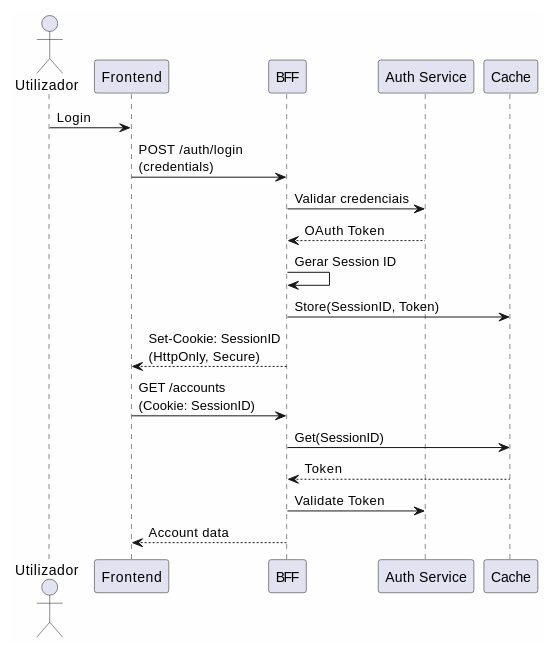
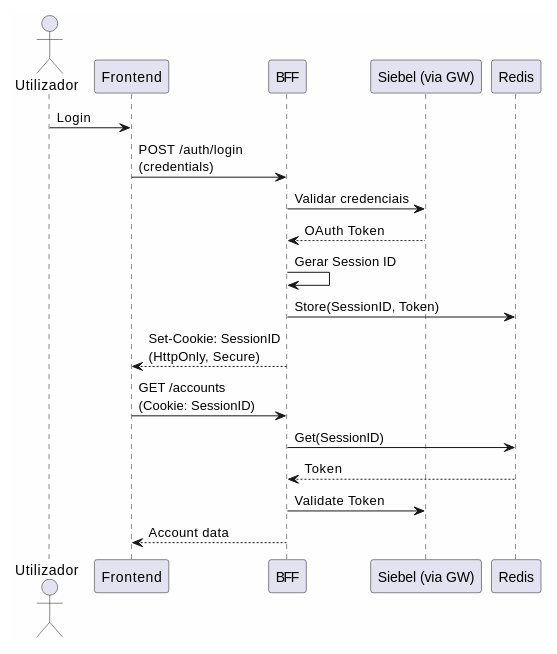
Before and after one commit to beduardo/novobanco_website_doc: the third of 3 diagrams in current/sections/SEC-05-arquitetura-backend-servicos.md, drawn with PlantUML. The commit also changed 5 other files, not shown here.

Commit message:
Ajustes diagramas autenticação

````diff
--- a/current/sections/SEC-05-arquitetura-backend-servicos.md
+++ b/current/sections/SEC-05-arquitetura-backend-servicos.md
@@ -278,27 +278,27 @@
 ```plantuml
 @startuml
 skinparam backgroundColor #FEFEFE
 
 actor "Utilizador" as USER
 participant "Frontend" as FE
 participant "BFF" as BFF
-participant "Auth Service" as AUTH
-participant "Cache" as CACHE
+participant "Siebel (via GW)" as AUTH
+participant "Redis" as CACHE
 
 USER -> FE : Login
 FE -> BFF : POST /auth/login\n(credentials)
 BFF -> AUTH : Validar credenciais
 AUTH --> BFF : OAuth Token
 
 BFF -> BFF : Gerar Session ID
 BFF -> CACHE : Store(SessionID, Token)
 BFF --> FE : Set-Cookie: SessionID\n(HttpOnly, Secure)
 
 FE -> BFF : GET /accounts\n(Cookie: SessionID)
 BFF -> CACHE : Get(SessionID)
 CACHE --> BFF : Token
 BFF -> AUTH : Validate Token
 BFF --> FE : Account data
 
 @enduml
 ```
````
